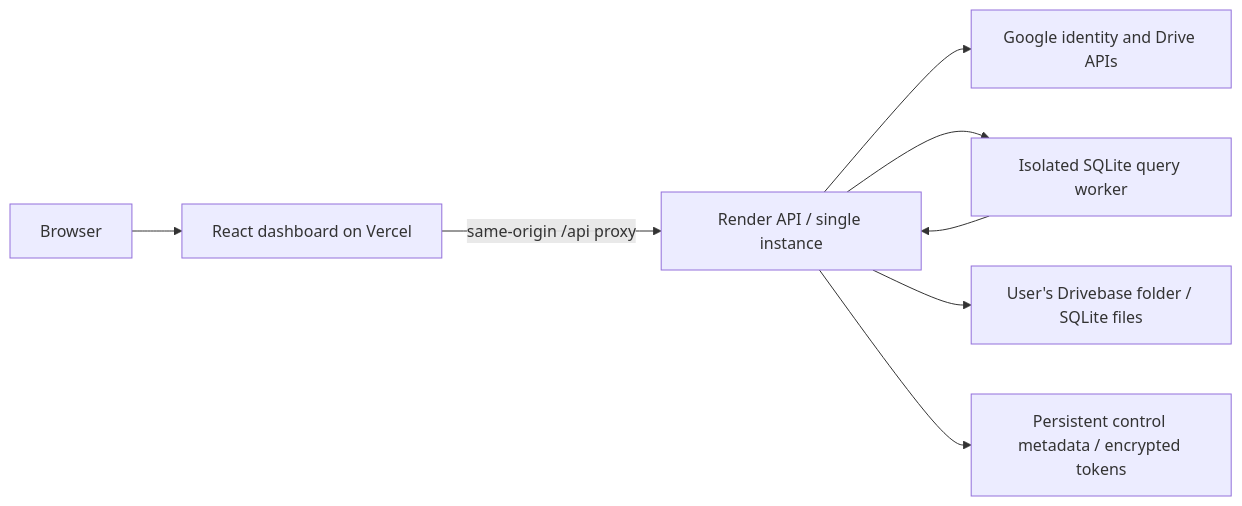
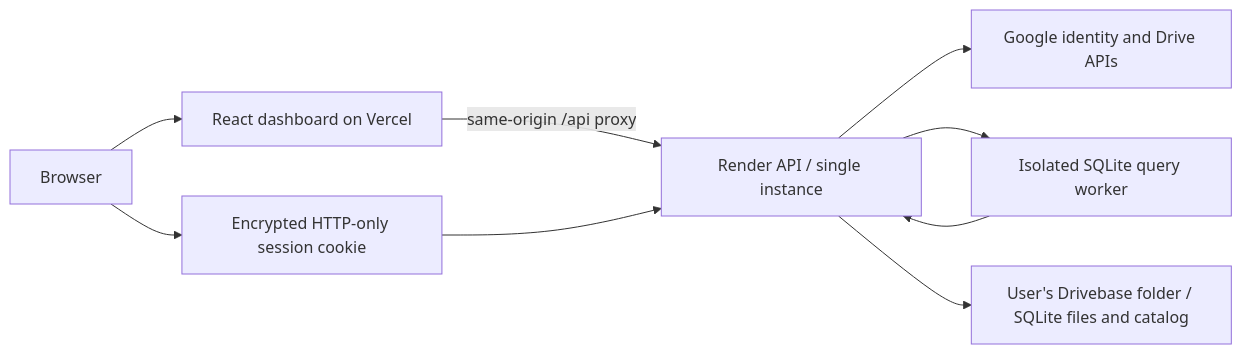
One commit to 5uhaeb/drivebase changed the diagram in README.md. Above: the diagram before and after it, drawn with Mermaid. The commit also changed other lines of this file and 12 other files, not shown here.

Commit message:
Store account catalogs and session registry in Drive for free hosting

````diff
--- a/README.md
+++ b/README.md
@@ -45,10 +45,11 @@
 ```mermaid
 flowchart LR
     Browser --> Vercel[React dashboard on Vercel]
     Vercel -->|same-origin /api proxy| Render[Render API / single instance]
     Render --> Google[Google identity and Drive APIs]
     Render --> Worker[Isolated SQLite query worker]
     Worker --> Render
-    Render --> Drive[User's Drivebase folder / SQLite files]
-    Render --> Disk[Persistent control metadata / encrypted tokens]
+    Render --> Drive[User's Drivebase folder / SQLite files and catalog]
+    Browser --> Session[Encrypted HTTP-only session cookie]
+    Session --> Render
 ```
````
